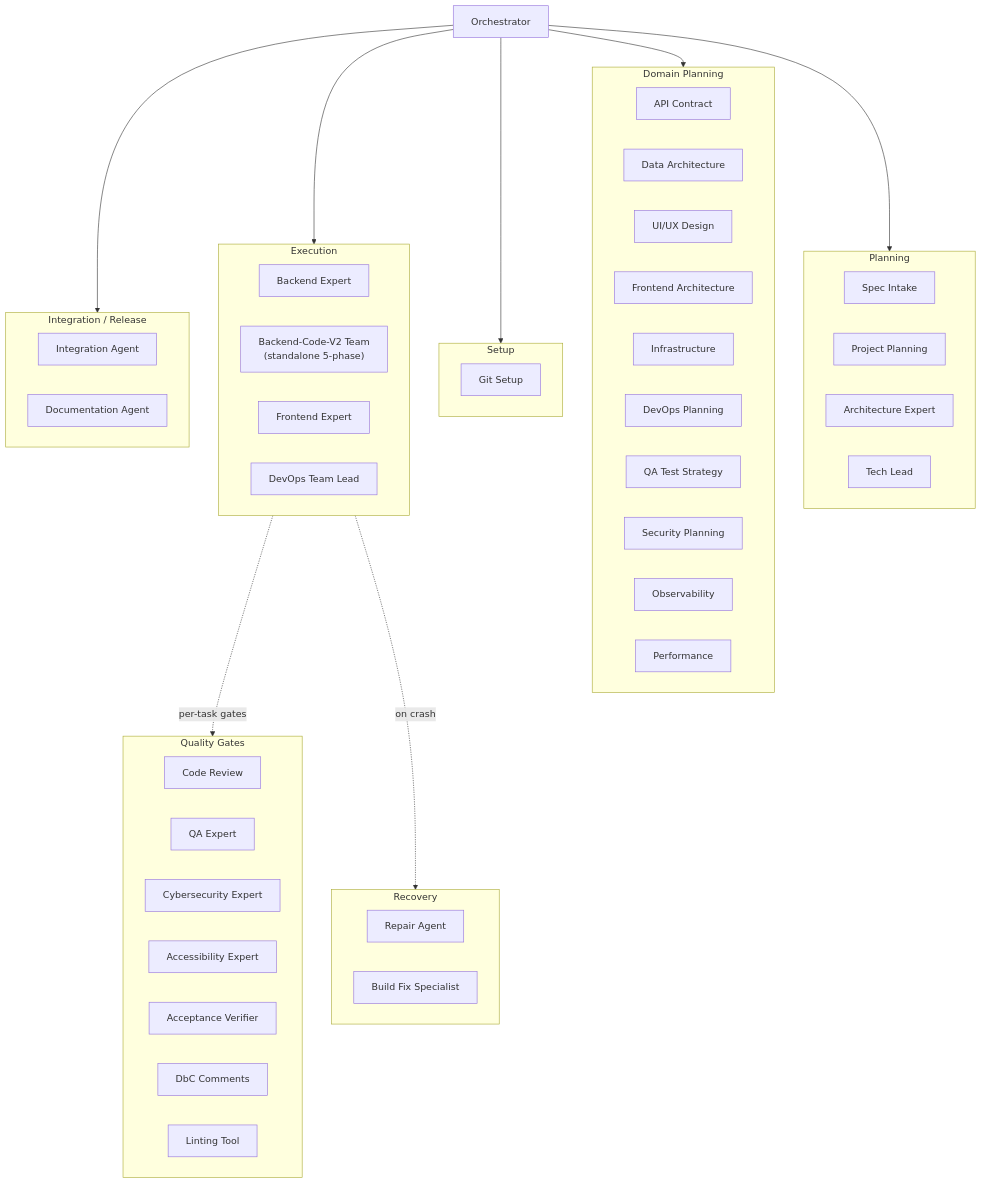
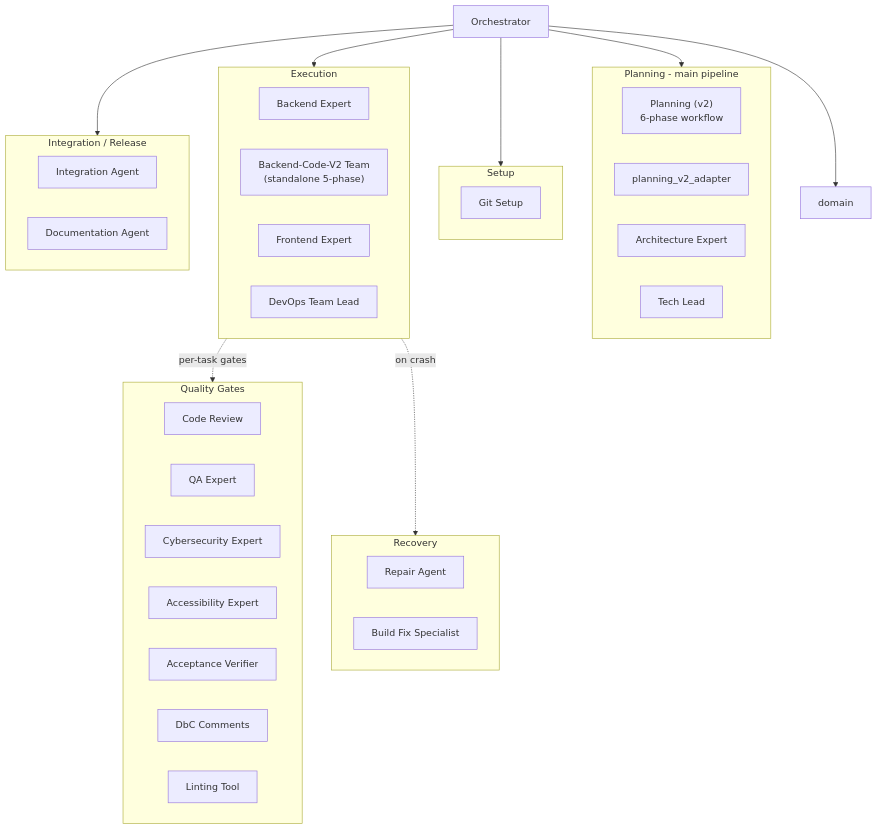
One commit to brandonkindred/Khala-Agentic-AI-Teams changed the third of 12 diagrams in ARCHITECTURE.md. Above: the diagram before and after it, drawn with Mermaid. The commit also changed other lines of this file and 16 other files, not shown here.

First line of the commit message:
feat: implement Planning V2 workflow and enhance orchestrator functionality

````diff
--- a/ARCHITECTURE.md
+++ b/ARCHITECTURE.md
@@ -110,63 +107,50 @@
 ```mermaid
 flowchart TB
     Orch["Orchestrator"]
 
-    subgraph planning [Planning]
-        specIntake["Spec Intake"]
-        projPlan["Project Planning"]
+    subgraph planning [Planning - main pipeline]
+        planningV2["Planning (v2)\n6-phase workflow"]
+        adapter["planning_v2_adapter"]
         archExpert["Architecture Expert"]
         techLead["Tech Lead"]
-    end
-
-    subgraph domain [Domain Planning]
-        apiContract["API Contract"]
-        dataArch["Data Architecture"]
-        uiUx["UI/UX Design"]
-        feArch["Frontend Architecture"]
-        infraPlan["Infrastructure"]
-        devopsPlan["DevOps Planning"]
-        qaStrat["QA Test Strategy"]
-        secPlan["Security Planning"]
-        obsPlan["Observability"]
-        perfPlan["Performance"]
     end
 
     subgraph setupGroup [Setup]
         gitSetup["Git Setup"]
     end
 
     subgraph execGroup [Execution]
         backendAgent["Backend Expert"]
         backendV2Team["Backend-Code-V2 Team\n(standalone 5-phase)"]
         frontendAgent["Frontend Expert"]
         devopsTeam["DevOps Team Lead"]
     end
 
     subgraph qualityGroup [Quality Gates]
         codeReview["Code Review"]
         qaAgent["QA Expert"]
         secAgent["Cybersecurity Expert"]
         a11yAgent["Accessibility Expert"]
         acceptV["Acceptance Verifier"]
         dbcAgent["DbC Comments"]
         lintAgent["Linting Tool"]
     end
 
     subgraph postGroup ["Integration / Release"]
         intAgent["Integration Agent"]
         docAgent["Documentation Agent"]
     end
 
     subgraph supportGroup [Recovery]
         repairAgent["Repair Agent"]
         buildFixAgent["Build Fix Specialist"]
     end
 
     Orch --> planning
     Orch --> domain
     Orch --> setupGroup
     Orch --> execGroup
     execGroup -.->|"per-task gates"| qualityGroup
     Orch --> postGroup
     execGroup -.->|"on crash"| supportGroup
 ```
````
